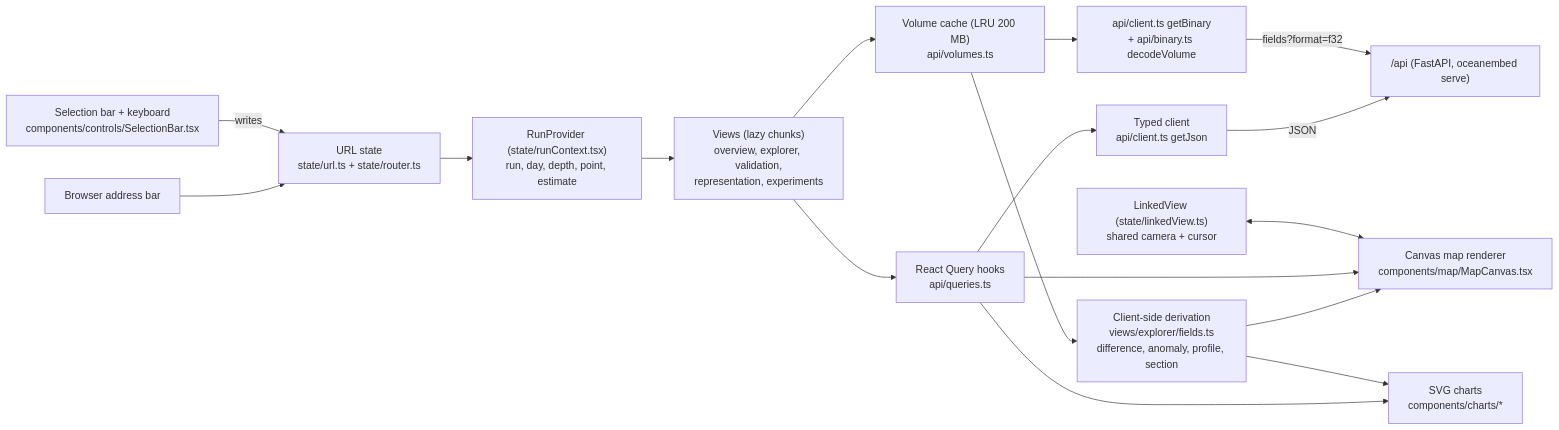
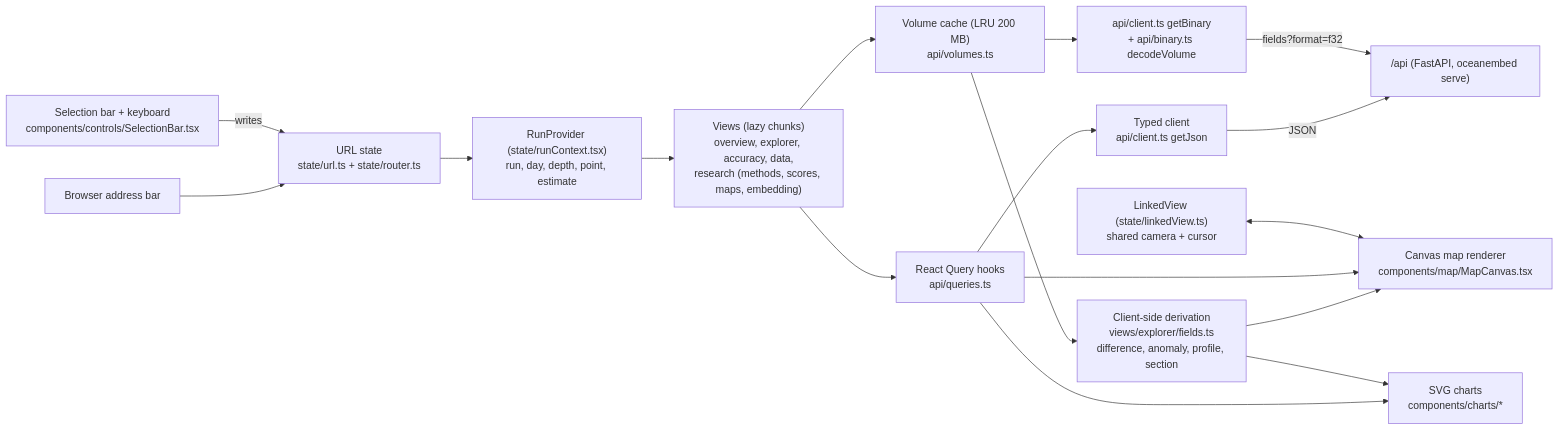
The diagram in docs/frontend.md (SumanthMamidi-MNS/OceanEmbed), drawn with Mermaid before and after one commit. The commit also changed other lines of this file and 1 other file, not shown here.

Commit message:
Document the product and Research split of the dashboard: views, routes, redirects, what moved

````diff
--- a/docs/frontend.md
+++ b/docs/frontend.md
@@ -27,19 +25,19 @@
 ```mermaid
 flowchart LR
   B["Browser address bar"] --> U["URL state<br/>state/url.ts + state/router.ts"]
   U --> RC["RunProvider (state/runContext.tsx)<br/>run, day, depth, point, estimate"]
   SB["Selection bar + keyboard<br/>components/controls/SelectionBar.tsx"] -->|writes| U
-  RC --> V["Views (lazy chunks)<br/>overview, explorer, validation,<br/>representation, experiments"]
+  RC --> V["Views (lazy chunks)<br/>overview, explorer, accuracy, data,<br/>research (methods, scores, maps, embedding)"]
   V --> Q["React Query hooks<br/>api/queries.ts"]
   V --> VC["Volume cache (LRU 200 MB)<br/>api/volumes.ts"]
   Q --> C["Typed client<br/>api/client.ts getJson"]
   VC --> CB["api/client.ts getBinary<br/>+ api/binary.ts decodeVolume"]
   C -->|JSON| API["/api (FastAPI, oceanembed serve)"]
   CB -->|"fields?format=f32"| API
   VC --> D["Client-side derivation<br/>views/explorer/fields.ts<br/>difference, anomaly, profile, section"]
   Q --> CH["SVG charts<br/>components/charts/*"]
   D --> MC["Canvas map renderer<br/>components/map/MapCanvas.tsx"]
   D --> CH
   Q --> MC
   LV["LinkedView (state/linkedView.ts)<br/>shared camera + cursor"] <--> MC
 ```
````
